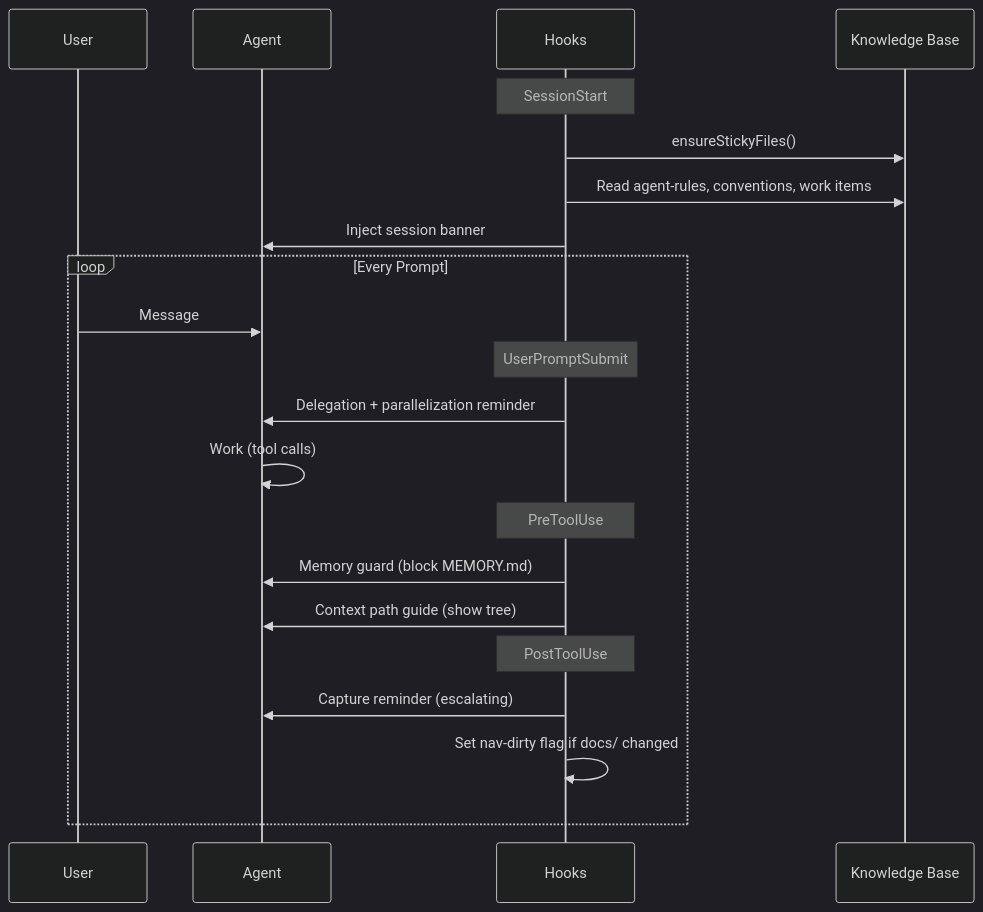
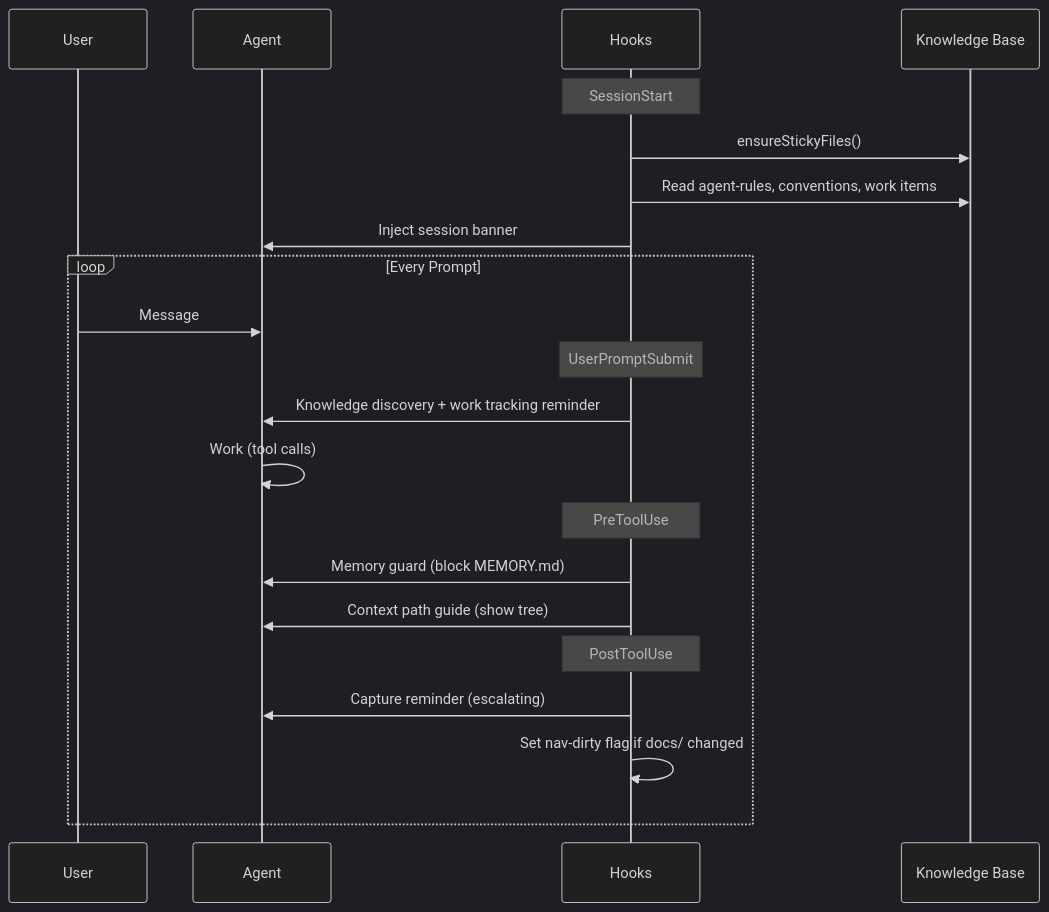
One commit to lorehq/lore-docs changed the sixth of 7 diagrams in docs/how-it-works.md. Above: the diagram before and after it, drawn with Mermaid (dark theme). The commit also changed other lines of this file and 5 other files, not shown here.

````diff
--- a/docs/how-it-works.md
+++ b/docs/how-it-works.md
@@ -255,27 +255,27 @@
 ```mermaid
 sequenceDiagram
     participant User
     participant Agent
     participant Hooks
     participant KB as Knowledge Base
 
     Note over Hooks: SessionStart
     Hooks->>KB: ensureStickyFiles()
     Hooks->>KB: Read agent-rules, conventions, work items
     Hooks->>Agent: Inject session banner
 
     loop Every Prompt
         User->>Agent: Message
         Note over Hooks: UserPromptSubmit
-        Hooks->>Agent: Delegation + parallelization reminder
+        Hooks->>Agent: Knowledge discovery + work tracking reminder
         Agent->>Agent: Work (tool calls)
 
         Note over Hooks: PreToolUse
         Hooks->>Agent: Memory guard (block MEMORY.md)
         Hooks->>Agent: Context path guide (show tree)
 
         Note over Hooks: PostToolUse
         Hooks->>Agent: Capture reminder (escalating)
         Hooks->>Hooks: Set nav-dirty flag if docs/ changed
     end
 ```
````
